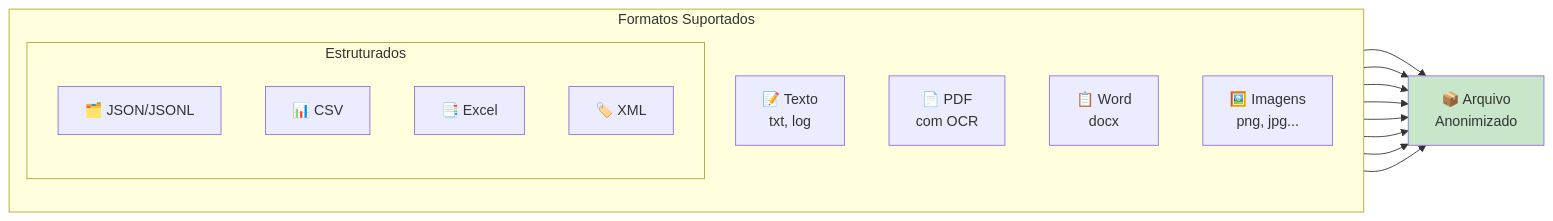
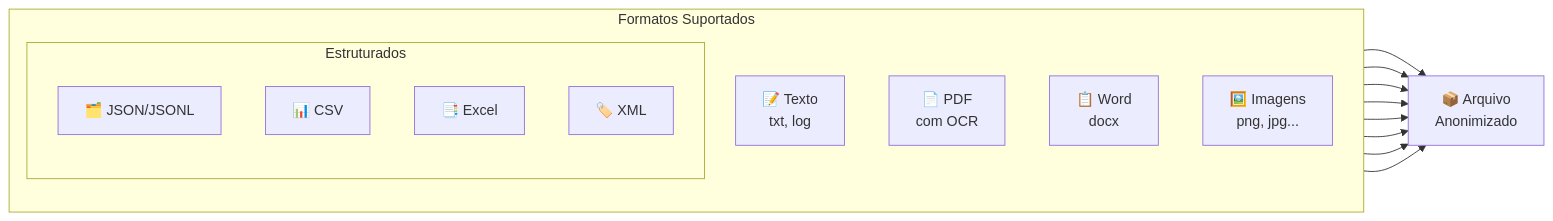
Before and after one commit to AnonShield/anonshield: diagram 19 of 24 in docs/diagrams.md, drawn with Mermaid. The commit also changed other lines of this file, not shown here.

First line of the commit message:
Remove style definitions from diagrams

````diff
--- a/docs/diagrams.md
+++ b/docs/diagrams.md
@@ -1016,21 +967,20 @@
 ```mermaid
 graph LR
     subgraph "Formatos Suportados"
         direction TB
         T[📝 Texto<br/>txt, log]
         P[📄 PDF<br/>com OCR]
         D[📋 Word<br/>docx]
         I[🖼️ Imagens<br/>png, jpg...]
         
         subgraph "Estruturados"
             J[🗂️ JSON/JSONL]
             C[📊 CSV]
             X[📑 Excel]
             M[🏷️ XML]
         end
     end
     
     T & P & D & I & J & C & X & M --> Output[📦 Arquivo<br/>Anonimizado]
-    
-    style Output fill:#c8e6c9
+
 ```
````
